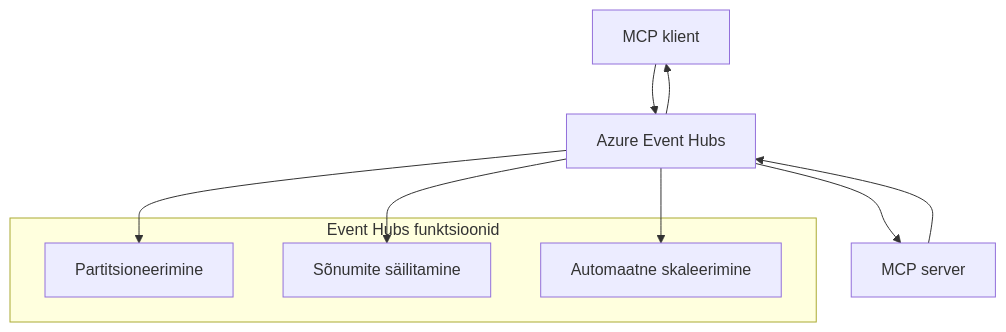
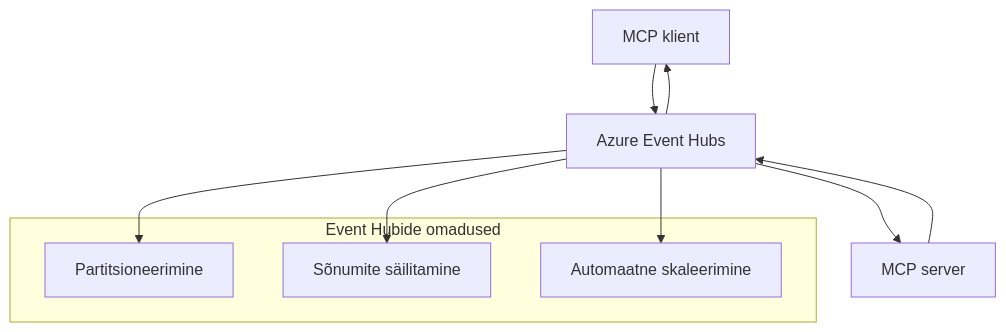
The second of 2 diagrams in mcp_ecosystem__model_context_protocol/mcp_learning_resources/mcp-for-beginners/translations/et/05-AdvancedTopics/mcp-transport/README.md (HIDORAKAI002/ai-workspace-archive), drawn with Mermaid before and after one commit. The commit also changed other lines of this file and 1539 other files, not shown here.

````diff
--- a/mcp_ecosystem__model_context_protocol/mcp_learning_resources/mcp-for-beginners/translations/et/05-AdvancedTopics/mcp-transport/README.md
+++ b/mcp_ecosystem__model_context_protocol/mcp_learning_resources/mcp-for-beginners/translations/et/05-AdvancedTopics/mcp-transport/README.md
@@ -269,17 +270,17 @@
 ```mermaid
 graph TB
     Client[MCP klient] --> EH[Azure Event Hubs]
     EH --> Server[MCP server]
     Server --> EH
     EH --> Client
     
-    subgraph "Event Hubs funktsioonid"
+    subgraph "Event Hubide omadused"
         Partition[Partitsioneerimine]
         Retention[Sõnumite säilitamine]
         Scaling[Automaatne skaleerimine]
     end
     
     EH --> Partition
     EH --> Retention
     EH --> Scaling
 ```
````
